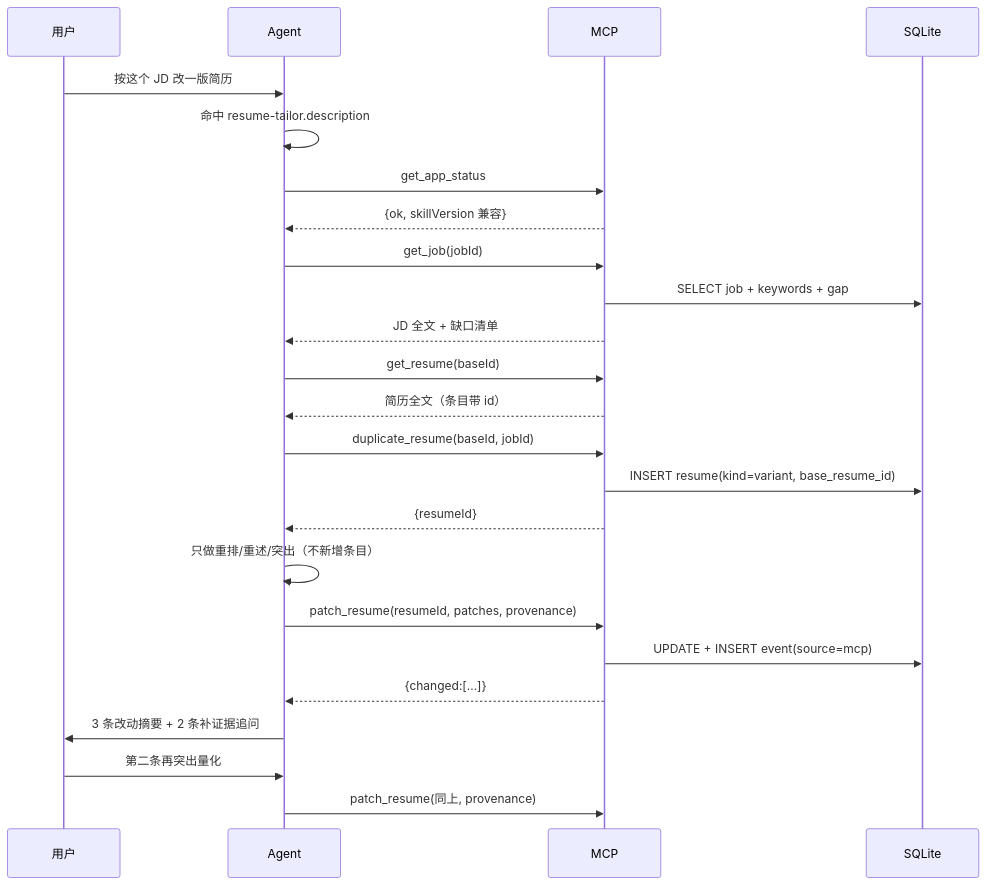
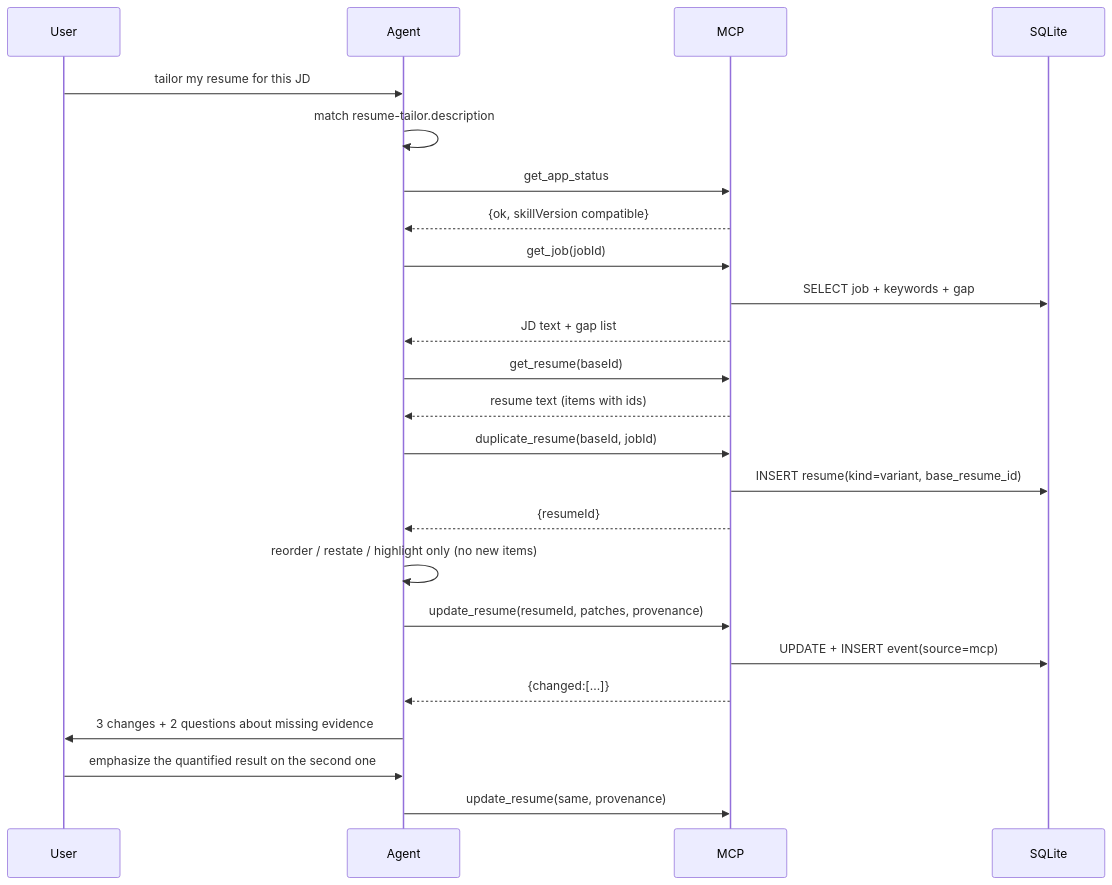
One commit to Dada-liu/land-a-job changed the fourth of 4 diagrams in docs/ARCHITECTURE.md. Above: the diagram before and after it, drawn with Mermaid. The commit also changed other lines of this file and 17 other files, not shown here.

````diff
--- a/docs/ARCHITECTURE.md
+++ b/docs/ARCHITECTURE.md
@@ -749,27 +741,27 @@
 ```mermaid
 sequenceDiagram
-  participant U as 用户
+  participant U as User
   participant A as Agent
   participant M as MCP
   participant D as SQLite
 
-  U->>A: 按这个 JD 改一版简历
-  A->>A: 命中 resume-tailor.description
+  U->>A: tailor my resume for this JD
+  A->>A: match resume-tailor.description
   A->>M: get_app_status
-  M-->>A: {ok, skillVersion 兼容}
+  M-->>A: {ok, skillVersion compatible}
   A->>M: get_job(jobId)
   M->>D: SELECT job + keywords + gap
-  M-->>A: JD 全文 + 缺口清单
+  M-->>A: JD text + gap list
   A->>M: get_resume(baseId)
-  M-->>A: 简历全文（条目带 id）
+  M-->>A: resume text (items with ids)
   A->>M: duplicate_resume(baseId, jobId)
   M->>D: INSERT resume(kind=variant, base_resume_id)
   M-->>A: {resumeId}
-  A->>A: 只做重排/重述/突出（不新增条目）
-  A->>M: patch_resume(resumeId, patches, provenance)
+  A->>A: reorder / restate / highlight only (no new items)
+  A->>M: update_resume(resumeId, patches, provenance)
   M->>D: UPDATE + INSERT event(source=mcp)
   M-->>A: {changed:[...]}
-  A->>U: 3 条改动摘要 + 2 条补证据追问
-  U->>A: 第二条再突出量化
-  A->>M: patch_resume(同上, provenance)
+  A->>U: 3 changes + 2 questions about missing evidence
+  U->>A: emphasize the quantified result on the second one
+  A->>M: update_resume(same, provenance)
 ```
````
